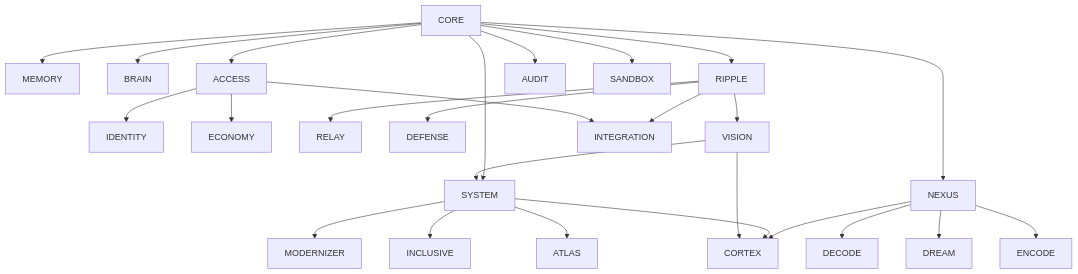
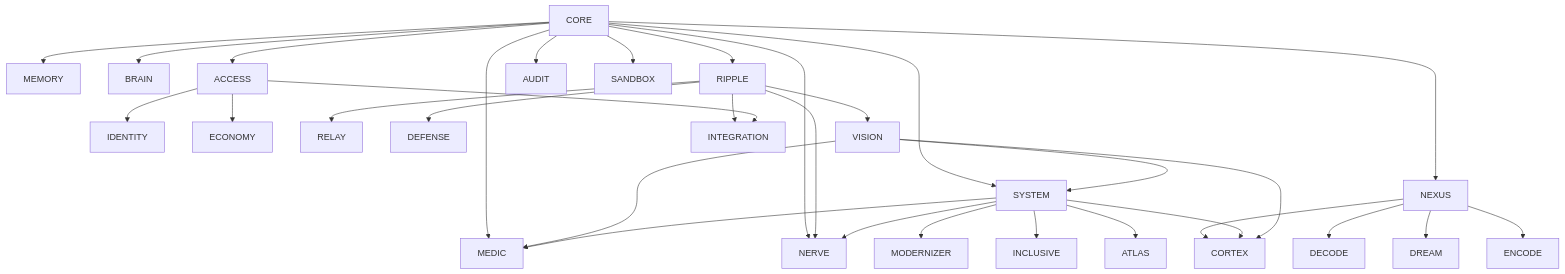
One commit to SweetKenneth/cmpsbl changed the diagram in docs/internal/01-topology-and-module-registry.md. Above: the diagram before and after it, drawn with Mermaid. The commit also changed other lines of this file, not shown here.

Commit message:
Integrate MEDIC and NERVE

````diff
--- a/docs/internal/01-topology-and-module-registry.md
+++ b/docs/internal/01-topology-and-module-registry.md
@@ -110,28 +113,34 @@
 ```mermaid
 graph TD
   CORE --> MEMORY
   CORE --> BRAIN
   CORE --> RIPPLE
   CORE --> ACCESS
   CORE --> NEXUS
   CORE --> AUDIT
   CORE --> SANDBOX
+  CORE --> MEDIC
+  CORE --> NERVE
   ACCESS --> IDENTITY
   ACCESS --> ECONOMY
   RIPPLE --> RELAY
   RIPPLE --> DEFENSE
   RIPPLE --> VISION
   RIPPLE --> INTEGRATION
+  RIPPLE --> NERVE
   ACCESS --> INTEGRATION
   NEXUS --> DECODE
   NEXUS --> DREAM
   NEXUS --> ENCODE
   CORE --> SYSTEM
   VISION --> SYSTEM
+  VISION --> MEDIC
+  SYSTEM --> MEDIC
+  SYSTEM --> NERVE
   SYSTEM --> MODERNIZER
   SYSTEM --> INCLUSIVE
   SYSTEM --> ATLAS
   NEXUS --> CORTEX
   SYSTEM --> CORTEX
   VISION --> CORTEX
 ```
````
